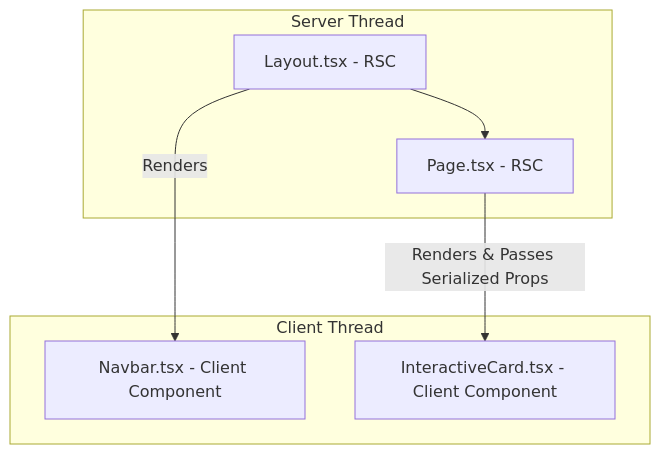
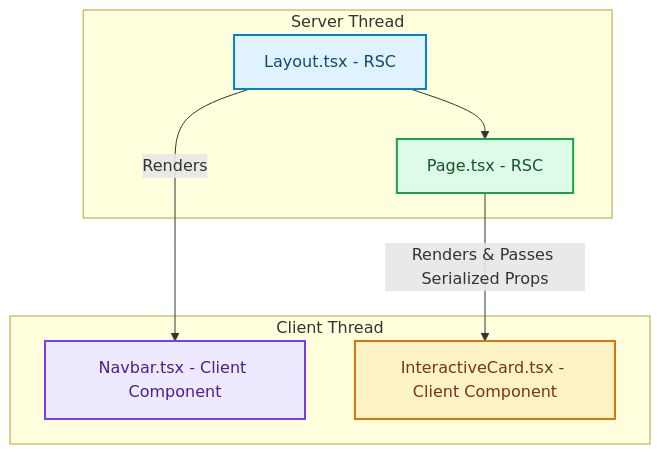
Before and after one commit to akmalkhaniub/akmalkhaniub.github.io: the diagram in blog/posts/nextjs-rsc-boundary-serialization.md, drawn with Mermaid. The commit also changed other lines of this file and 1291 other files, not shown here.

First line of the commit message:
feat(catalog): unique covers, scholarly references, and diagram palettes

````diff
--- a/blog/posts/nextjs-rsc-boundary-serialization.md
+++ b/blog/posts/nextjs-rsc-boundary-serialization.md
@@ -17,14 +17,24 @@
 ```mermaid
 flowchart TD
     subgraph SG1_ServerThread ["Server Thread"]
-        A[Layout.tsx - RSC] --> B[Page.tsx - RSC]
+        A["Layout.tsx - RSC"] --> B["Page.tsx - RSC"]
     end
 
     subgraph SG2_ClientThread ["Client Thread"]
-        C[Navbar.tsx - Client Component]
-        D[InteractiveCard.tsx - Client Component]
+        C["Navbar.tsx - Client Component"]
+        D["InteractiveCard.tsx - Client Component"]
     end
 
     B -->|Renders & Passes Serialized Props| D
     A -->|Renders| C
+
+classDef green fill:#dcfce7,stroke:#16a34a,stroke-width:2px,color:#14532d;
+classDef red fill:#fee2e2,stroke:#dc2626,stroke-width:2px,color:#7f1d1d;
+classDef blue fill:#e0f2fe,stroke:#0284c7,stroke-width:2px,color:#0c4a6e;
+classDef yellow fill:#fef3c7,stroke:#d97706,stroke-width:2px,color:#78350f;
+classDef purple fill:#ede9fe,stroke:#7c3aed,stroke-width:2px,color:#4c1d95;
+class A blue
+class B green
+class C purple
+class D yellow
 ```
````
